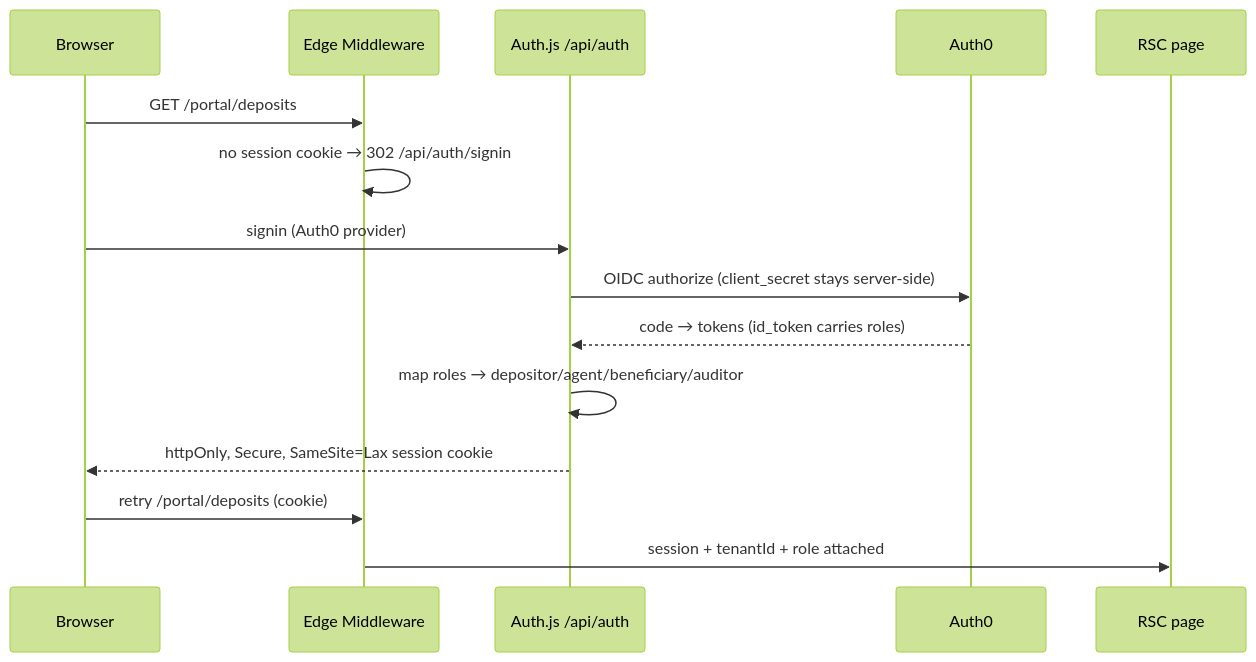
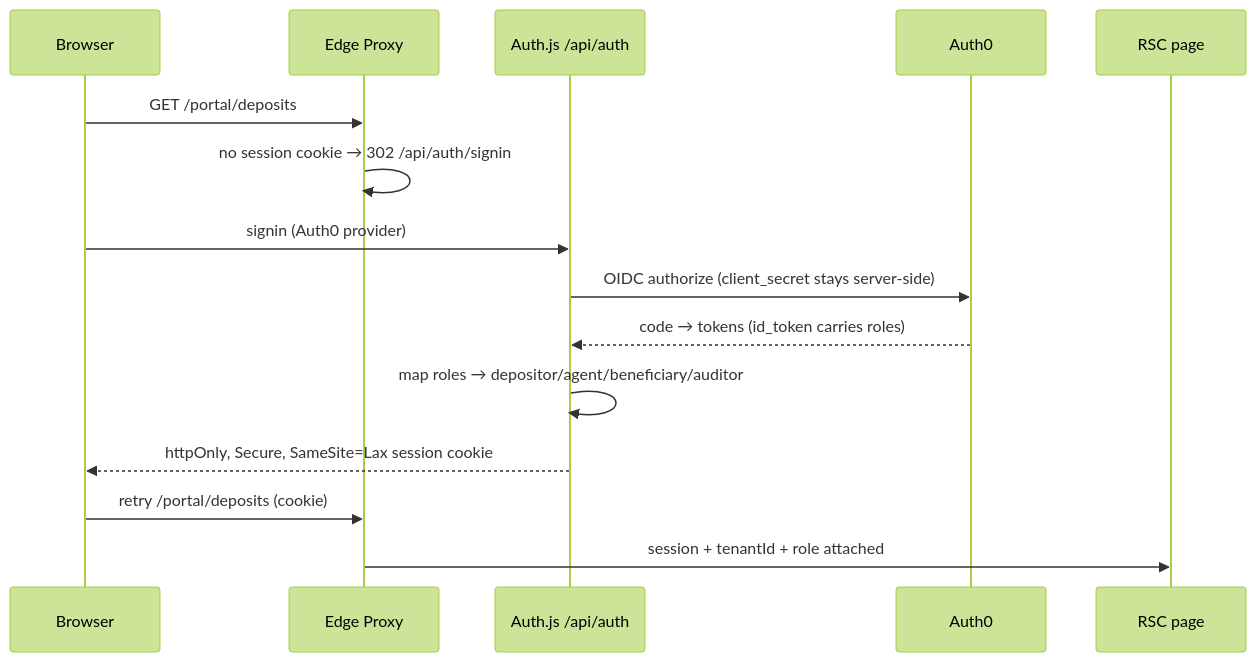
Before and after one commit to i4ba1/escrow-vault: the fourth of 9 diagrams in docs/architecture.md, drawn with Mermaid (forest theme). The commit also changed other lines of this file and 13 other files, not shown here.

Commit message:
feat(auth): M2 Auth.js v5 + Auth0, edge proxy, RBAC helpers, portal shell

````diff
--- a/docs/architecture.md
+++ b/docs/architecture.md
@@ -115,17 +115,17 @@
 ```mermaid
 sequenceDiagram
     participant B as Browser
-    participant M as Edge Middleware
+    participant M as Edge Proxy
     participant A as Auth.js /api/auth
     participant O as Auth0
     participant P as RSC page
     B->>M: GET /portal/deposits
     M->>M: no session cookie → 302 /api/auth/signin
     B->>A: signin (Auth0 provider)
     A->>O: OIDC authorize (client_secret stays server-side)
     O-->>A: code → tokens (id_token carries roles)
     A->>A: map roles → depositor/agent/beneficiary/auditor
     A-->>B: httpOnly, Secure, SameSite=Lax session cookie
     B->>M: retry /portal/deposits (cookie)
     M->>P: session + tenantId + role attached
 ```
````
